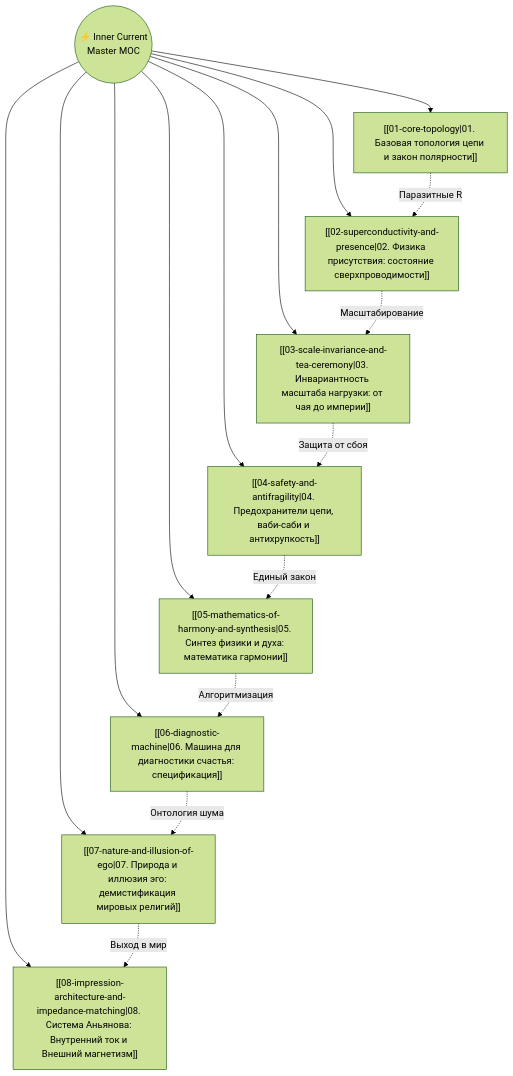
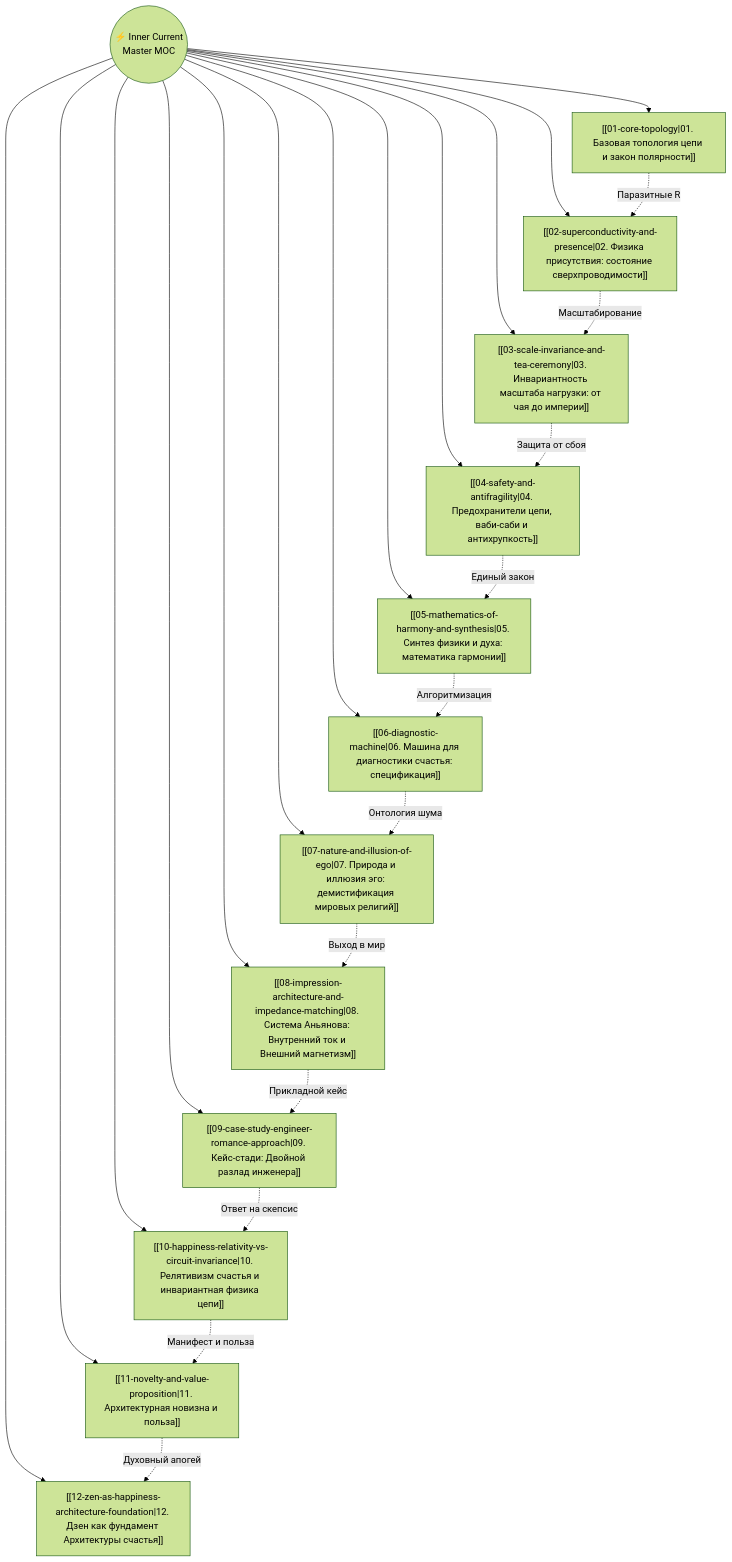
The first of 2 diagrams in wiki/Inner Current - MOC.md (vsanyanov-ux/inner-current), drawn with Mermaid (forest theme) before and after one commit. The commit also changed other lines of this file and 16 other files, not shown here.

Commit message:
feat(release): v1.2.0 - Zen Engineering & Pain-First Happiness Architecture

````diff
--- a/wiki/Inner Current - MOC.md
+++ b/wiki/Inner Current - MOC.md
@@ -39,30 +43,42 @@
 ```mermaid
 flowchart TD
     MOC(("⚡ Inner Current<br/>Master MOC"))
 
     N1["[[01-core-topology|01. Базовая топология цепи и закон полярности]]"]
     N2["[[02-superconductivity-and-presence|02. Физика присутствия: состояние сверхпроводимости]]"]
     N3["[[03-scale-invariance-and-tea-ceremony|03. Инвариантность масштаба нагрузки: от чая до империи]]"]
     N4["[[04-safety-and-antifragility|04. Предохранители цепи, ваби-саби и антихрупкость]]"]
     N5["[[05-mathematics-of-harmony-and-synthesis|05. Синтез физики и духа: математика гармонии]]"]
     N6["[[06-diagnostic-machine|06. Машина для диагностики счастья: спецификация]]"]
     N7["[[07-nature-and-illusion-of-ego|07. Природа и иллюзия эго: демистификация мировых религий]]"]
     N8["[[08-impression-architecture-and-impedance-matching|08. Система Аньянова: Внутренний ток и Внешний магнетизм]]"]
+    N9["[[09-case-study-engineer-romance-approach|09. Кейс-стади: Двойной разлад инженера]]"]
+    N10["[[10-happiness-relativity-vs-circuit-invariance|10. Релятивизм счастья и инвариантная физика цепи]]"]
+    N11["[[11-novelty-and-value-proposition|11. Архитектурная новизна и польза]]"]
+    N12["[[12-zen-as-happiness-architecture-foundation|12. Дзен как фундамент Архитектуры счастья]]"]
 
     MOC --> N1
     MOC --> N2
     MOC --> N3
     MOC --> N4
     MOC --> N5
     MOC --> N6
     MOC --> N7
     MOC --> N8
+    MOC --> N9
+    MOC --> N10
+    MOC --> N11
+    MOC --> N12
 
     N1 -.->|"Паразитные R"| N2
     N2 -.->|"Масштабирование"| N3
     N3 -.->|"Защита от сбоя"| N4
     N4 -.->|"Единый закон"| N5
     N5 -.->|"Алгоритмизация"| N6
     N6 -.->|"Онтология шума"| N7
     N7 -.->|"Выход в мир"| N8
+    N8 -.->|"Прикладной кейс"| N9
+    N9 -.->|"Ответ на скепсис"| N10
+    N10 -.->|"Манифест и польза"| N11
+    N11 -.->|"Духовный апогей"| N12
 ```
````
